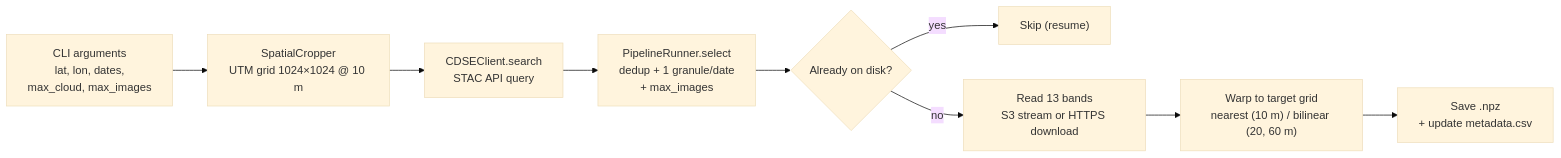
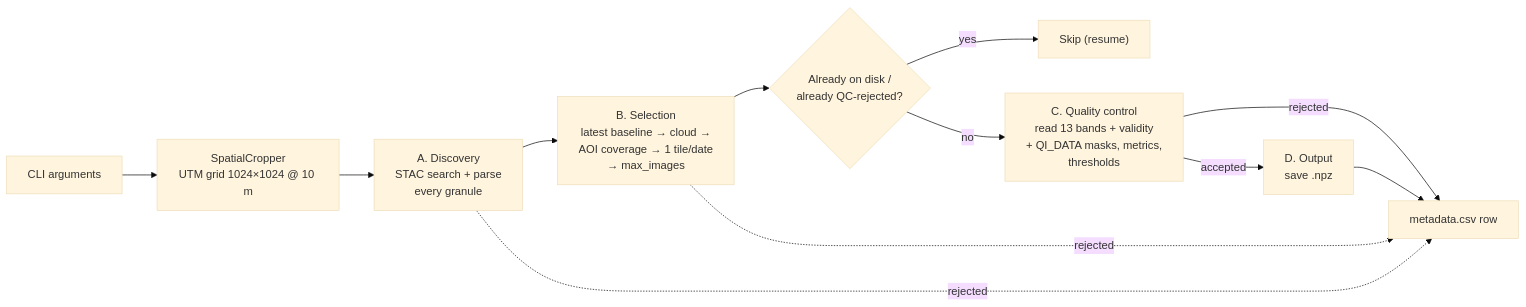
Before and after one commit to khalilb1929/Database-Sentinel-: the diagram in README.md, drawn with Mermaid (base theme). The commit also changed other lines of this file and 6 other files, not shown here.

````diff
--- a/README.md
+++ b/README.md
@@ -52,11 +60,14 @@
 ```mermaid
 flowchart LR
-    A["CLI arguments<br/>lat, lon, dates,<br/>max_cloud, max_images"] --> B["SpatialCropper<br/>UTM grid 1024×1024 @ 10 m"]
-    B --> C["CDSEClient.search<br/>STAC API query"]
-    C --> D["PipelineRunner.select<br/>dedup + 1 granule/date<br/>+ max_images"]
-    D --> E{"Already on disk?"}
+    A["CLI arguments"] --> B["SpatialCropper<br/>UTM grid 1024×1024 @ 10 m"]
+    B --> C["A. Discovery<br/>STAC search + parse<br/>every granule"]
+    C --> D["B. Selection<br/>latest baseline → cloud →<br/>AOI coverage → 1 tile/date<br/>→ max_images"]
+    D --> E{"Already on disk /<br/>already QC-rejected?"}
     E -- yes --> F["Skip (resume)"]
-    E -- no --> G["Read 13 bands<br/>S3 stream or HTTPS download"]
-    G --> H["Warp to target grid<br/>nearest (10 m) / bilinear (20, 60 m)"]
-    H --> I["Save .npz<br/>+ update metadata.csv"]
+    E -- no --> G["C. Quality control<br/>read 13 bands + validity<br/>+ QI_DATA masks, metrics,<br/>thresholds"]
+    G -- rejected --> H["metadata.csv row"]
+    G -- accepted --> I["D. Output<br/>save .npz"]
+    I --> H
+    C -. rejected .-> H
+    D -. rejected .-> H
 ```
````
